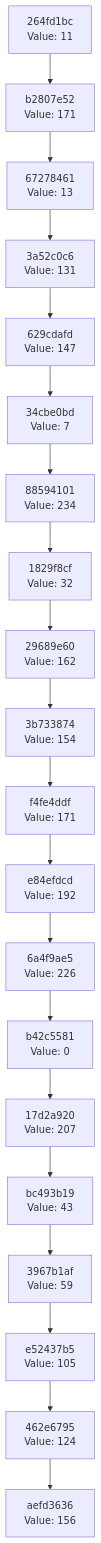
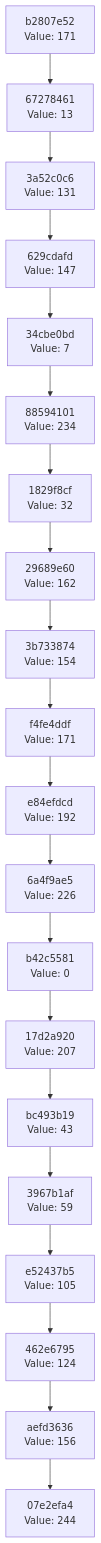
The diagram in docs/CHAIN_VISUALIZATION.md (Abhisheksinha1506/hash-chain-evolver), drawn with Mermaid before and after one commit. The commit also changed 2 other files, not shown here.

Commit message:
Evolution step: hash 0xF4 → action executed

````diff
--- a/docs/CHAIN_VISUALIZATION.md
+++ b/docs/CHAIN_VISUALIZATION.md
@@ -3,42 +3,42 @@
 ```mermaid
 graph TD
-    C0["aefd3636<br/>Value: 156"]
-    C1["462e6795<br/>Value: 124"]
+    C0["07e2efa4<br/>Value: 244"]
+    C1["aefd3636<br/>Value: 156"]
     C1 --> C0
-    C2["e52437b5<br/>Value: 105"]
+    C2["462e6795<br/>Value: 124"]
     C2 --> C1
-    C3["3967b1af<br/>Value: 59"]
+    C3["e52437b5<br/>Value: 105"]
     C3 --> C2
-    C4["bc493b19<br/>Value: 43"]
+    C4["3967b1af<br/>Value: 59"]
     C4 --> C3
-    C5["17d2a920<br/>Value: 207"]
+    C5["bc493b19<br/>Value: 43"]
     C5 --> C4
-    C6["b42c5581<br/>Value: 0"]
+    C6["17d2a920<br/>Value: 207"]
     C6 --> C5
-    C7["6a4f9ae5<br/>Value: 226"]
+    C7["b42c5581<br/>Value: 0"]
     C7 --> C6
-    C8["e84efdcd<br/>Value: 192"]
+    C8["6a4f9ae5<br/>Value: 226"]
     C8 --> C7
-    C9["f4fe4ddf<br/>Value: 171"]
+    C9["e84efdcd<br/>Value: 192"]
     C9 --> C8
-    C10["3b733874<br/>Value: 154"]
+    C10["f4fe4ddf<br/>Value: 171"]
     C10 --> C9
-    C11["29689e60<br/>Value: 162"]
+    C11["3b733874<br/>Value: 154"]
     C11 --> C10
-    C12["1829f8cf<br/>Value: 32"]
+    C12["29689e60<br/>Value: 162"]
     C12 --> C11
-    C13["88594101<br/>Value: 234"]
+    C13["1829f8cf<br/>Value: 32"]
     C13 --> C12
-    C14["34cbe0bd<br/>Value: 7"]
+    C14["88594101<br/>Value: 234"]
     C14 --> C13
-    C15["629cdafd<br/>Value: 147"]
+    C15["34cbe0bd<br/>Value: 7"]
     C15 --> C14
-    C16["3a52c0c6<br/>Value: 131"]
+    C16["629cdafd<br/>Value: 147"]
     C16 --> C15
-    C17["67278461<br/>Value: 13"]
+    C17["3a52c0c6<br/>Value: 131"]
     C17 --> C16
-    C18["b2807e52<br/>Value: 171"]
+    C18["67278461<br/>Value: 13"]
     C18 --> C17
-    C19["264fd1bc<br/>Value: 11"]
+    C19["b2807e52<br/>Value: 171"]
     C19 --> C18
 ```
````
